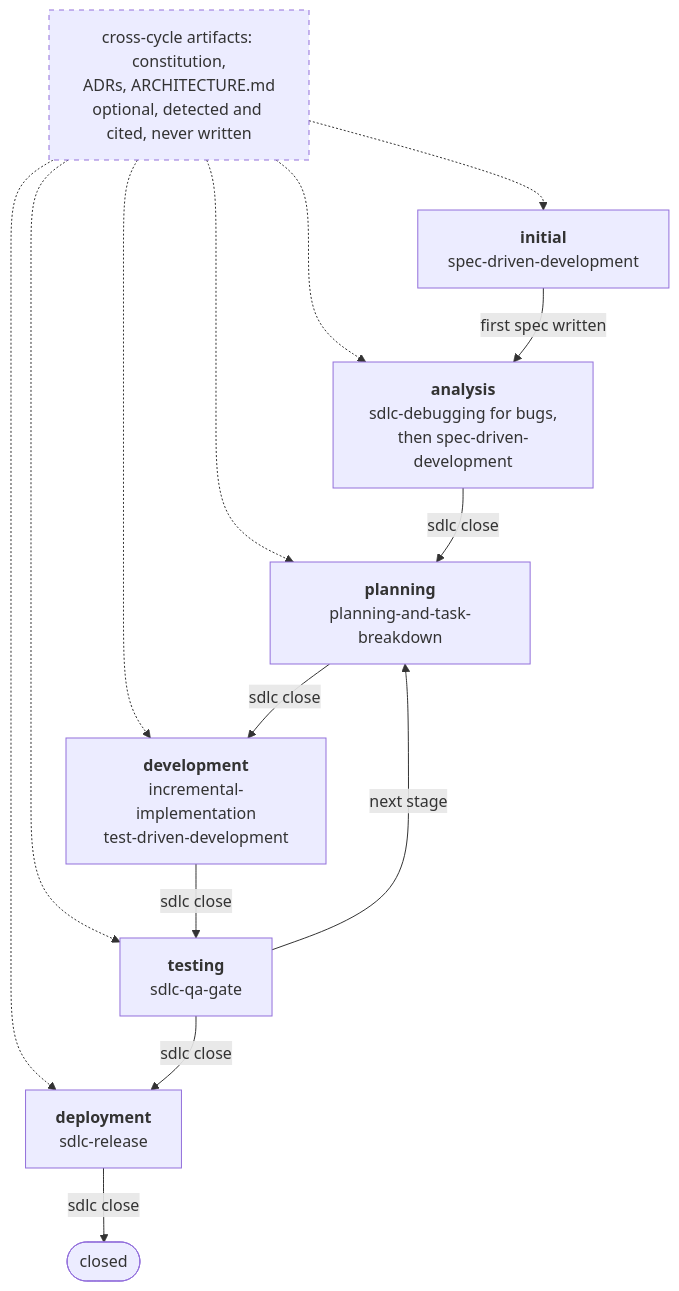
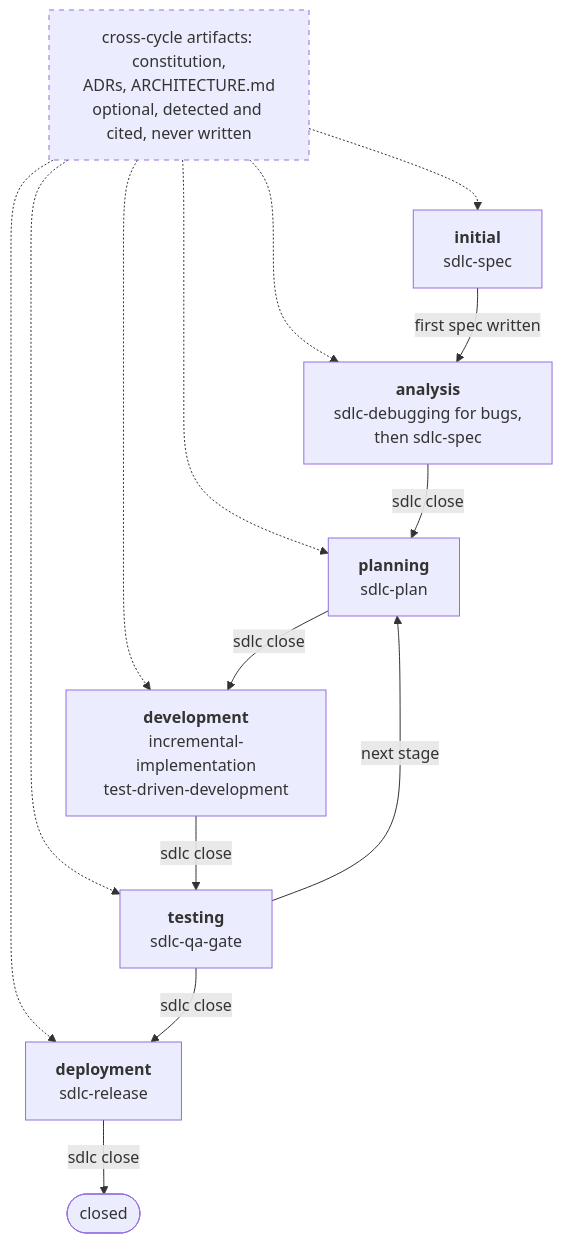
Before and after one commit to PapiScholz/SDLC-Assist: the first of 3 diagrams in docs/sdlc-flow.md, drawn with Mermaid. The commit also changed 45 other files, not shown here.

First line of the commit message:
feat(sdlc): own sdlc-spec and sdlc-plan replace the vendored spec and plan skills [minor]

````diff
--- a/docs/sdlc-flow.md
+++ b/docs/sdlc-flow.md
@@ -9,26 +9,26 @@
 ```mermaid
 flowchart TD
-    A["<b>initial</b><br/>spec-driven-development"]
-    B["<b>analysis</b><br/>sdlc-debugging for bugs,<br/>then spec-driven-development"]
-    C["<b>planning</b><br/>planning-and-task-breakdown"]
+    A["<b>initial</b><br/>sdlc-spec"]
+    B["<b>analysis</b><br/>sdlc-debugging for bugs,<br/>then sdlc-spec"]
+    C["<b>planning</b><br/>sdlc-plan"]
     D["<b>development</b><br/>incremental-implementation<br/>test-driven-development"]
     E["<b>testing</b><br/>sdlc-qa-gate"]
     F["<b>deployment</b><br/>sdlc-release"]
     G([closed])
     K["cross-cycle artifacts: constitution,<br/>ADRs, ARCHITECTURE.md<br/>optional, detected and cited, never written"]
 
     K -.-> A
     K -.-> B
     K -.-> C
     K -.-> D
     K -.-> E
     K -.-> F
     style K stroke-dasharray: 5 5
     A -->|first spec written| B
     B -->|sdlc close| C
     C -->|sdlc close| D
     D -->|sdlc close| E
     E -->|sdlc close| F
     F -->|sdlc close| G
     E -->|next stage| C
 ```
````
